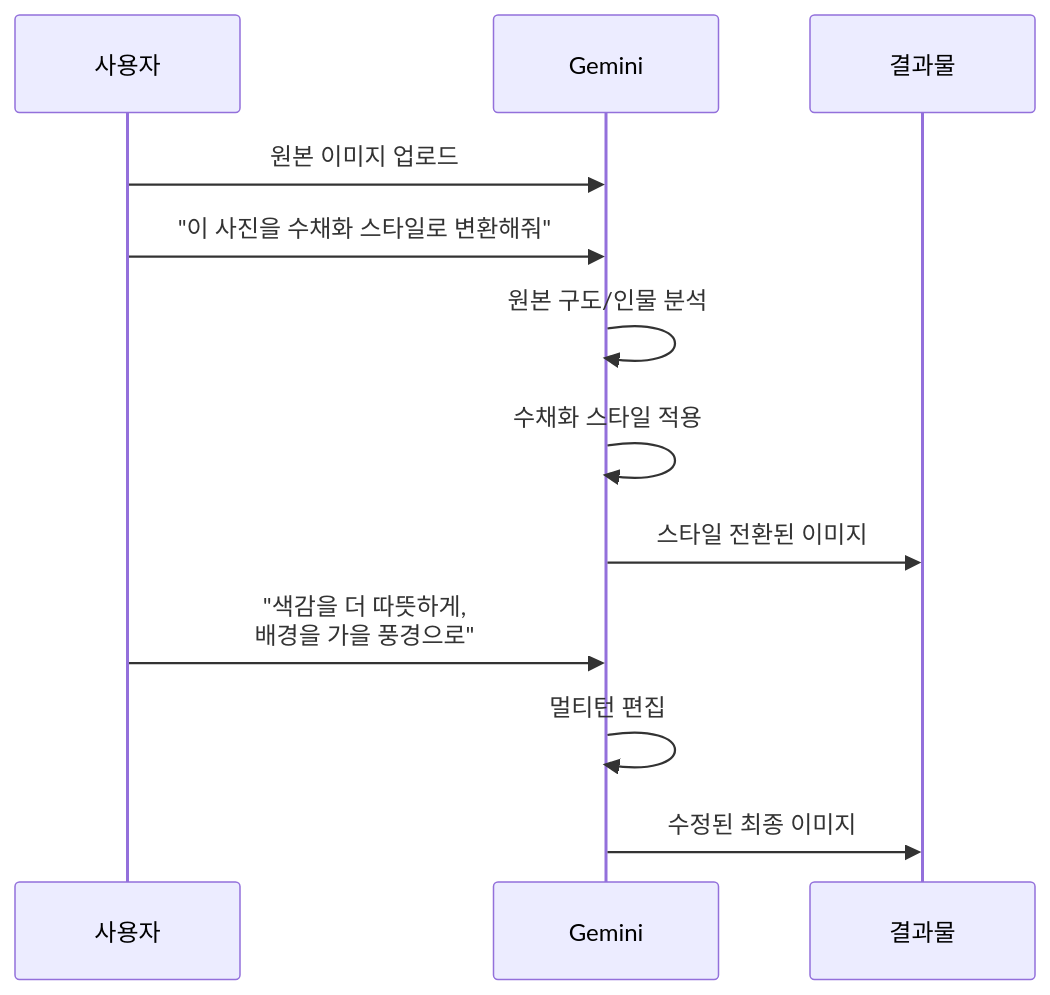
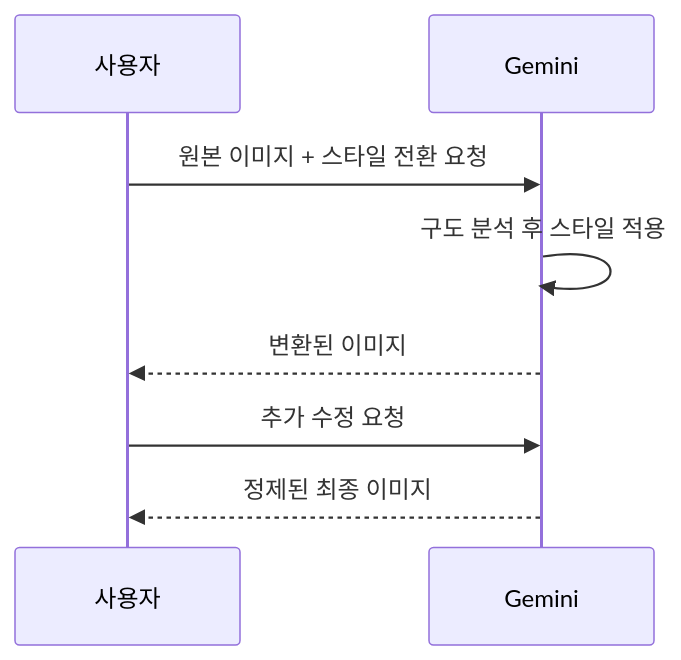
Before and after one commit to jsonpassion/forge-tutorial-promptcanvas: the third of 3 diagrams in 04-ch4-gemini-이미지-생성-실전/02-02-고품질-이미지-생성과-스타일-전환.md, drawn with Mermaid. The commit also changed other lines of this file and 63 other files, not shown here.

````diff
--- a/04-ch4-gemini-이미지-생성-실전/02-02-고품질-이미지-생성과-스타일-전환.md
+++ b/04-ch4-gemini-이미지-생성-실전/02-02-고품질-이미지-생성과-스타일-전환.md
@@ -241,15 +181,10 @@
 ```mermaid
 sequenceDiagram
     participant U as 사용자
     participant G as Gemini
-    participant R as 결과물
-
-    U->>G: 원본 이미지 업로드
-    U->>G: "이 사진을 수채화 스타일로 변환해줘"
-    G->>G: 원본 구도/인물 분석
-    G->>G: 수채화 스타일 적용
-    G->>R: 스타일 전환된 이미지
-    U->>G: "색감을 더 따뜻하게,<br/>배경을 가을 풍경으로"
-    G->>G: 멀티턴 편집
-    G->>R: 수정된 최종 이미지
+    U->>G: 원본 이미지 + 스타일 전환 요청
+    G->>G: 구도 분석 후 스타일 적용
+    G-->>U: 변환된 이미지
+    U->>G: 추가 수정 요청
+    G-->>U: 정제된 최종 이미지
 ```
````
